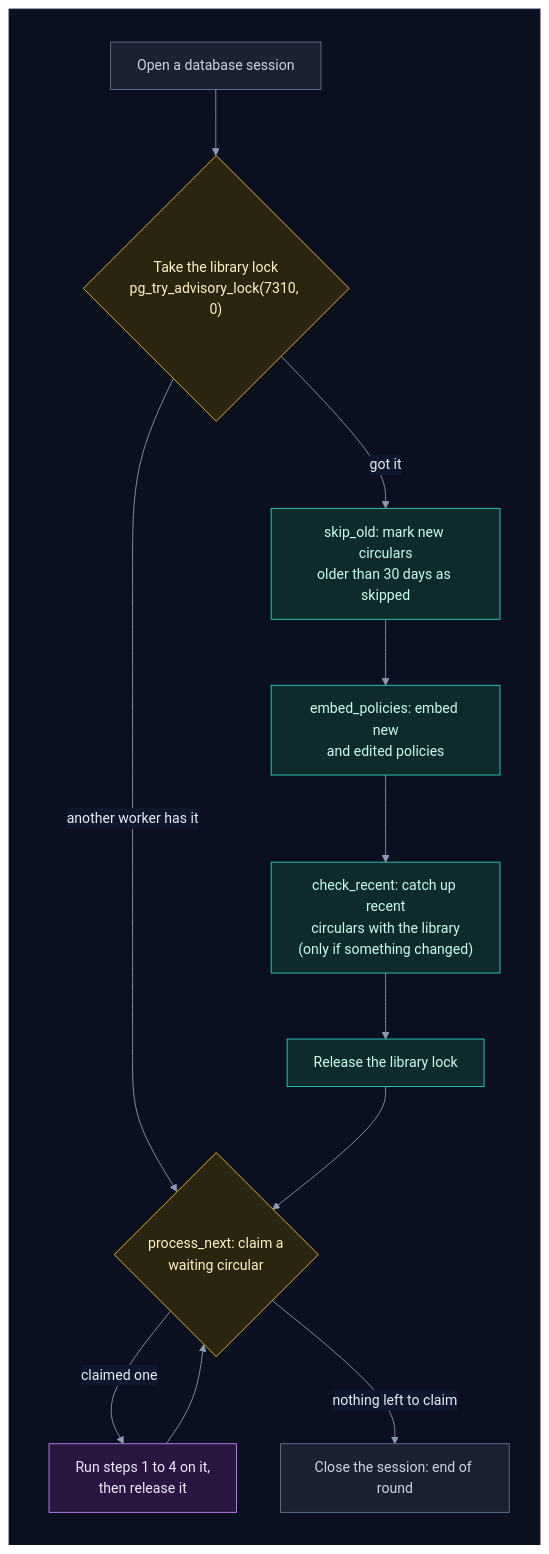
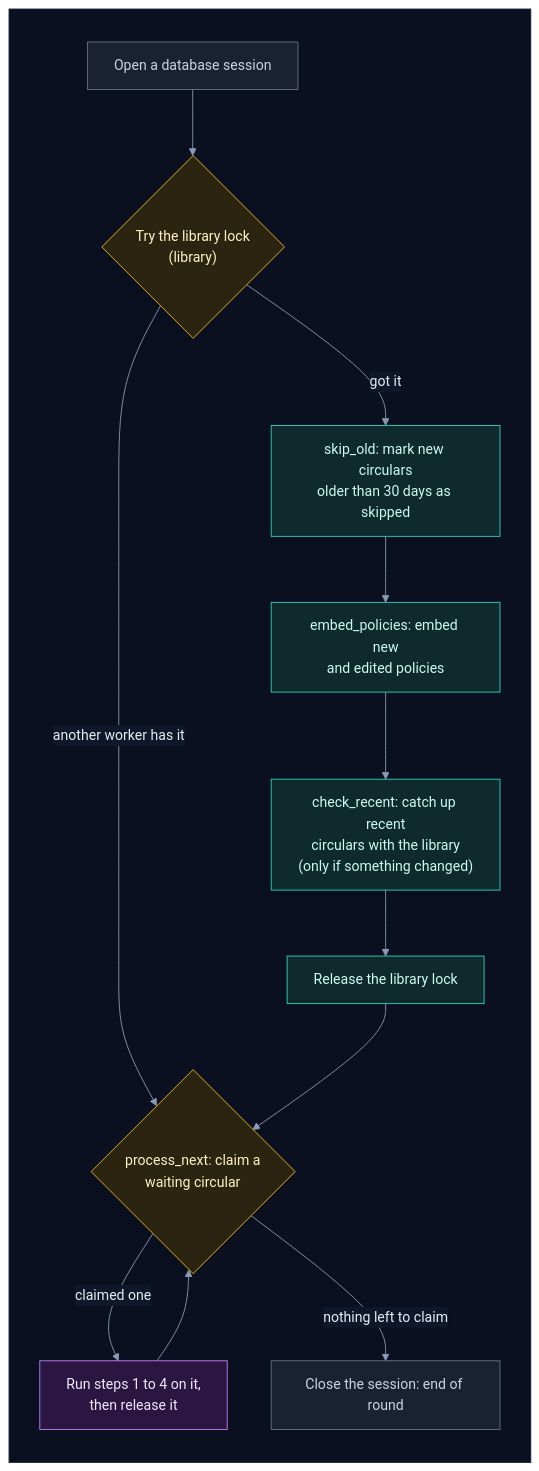
The fifth of 20 diagrams in how_the_worker_works.md (selvakumarperumal/Regulatory_Circular_Impact_Agent), drawn with Mermaid before and after one commit. The commit also changed other lines of this file and 4 other files, not shown here.

Commit message:
Scope advisory locks by schema

````diff
--- a/how_the_worker_works.md
+++ b/how_the_worker_works.md
@@ -242,31 +242,31 @@
 ```mermaid
 %%{init: {"theme": "base", "flowchart": {"diagramPadding": 0}, "themeVariables": {"darkMode": true, "primaryColor": "#16213a", "primaryTextColor": "#e6edf7", "primaryBorderColor": "#475a7a", "lineColor": "#8b9bb4", "secondaryColor": "#1b2436", "tertiaryColor": "#101a2e", "edgeLabelBackground": "#0f172a", "textColor": "#e2e8f0", "clusterBkg": "#0f1728", "clusterBorder": "#2b3a55", "titleColor": "#c4b5fd", "nodeTextColor": "#e6edf7"}}}%%
 flowchart TD
     subgraph canvas[" "]
         direction TB
-        open["Open a database session"] --> lib{"Take the library lock<br/>pg_try_advisory_lock(7310, 0)"}
+        open["Open a database session"] --> lib{"Try the library lock<br/>(library)"}
         lib -->|"another worker has it"| queue
         lib -->|"got it"| skip["skip_old: mark new circulars<br/>older than 30 days as skipped"]
         skip --> embed["embed_policies: embed new<br/>and edited policies"]
         embed --> catch["check_recent: catch up recent<br/>circulars with the library<br/>(only if something changed)"]
         catch --> unlock["Release the library lock"]
         unlock --> queue{"process_next: claim a<br/>waiting circular"}
         queue -->|"claimed one"| work["Run steps 1 to 4 on it,<br/>then release it"]
         work --> queue
         queue -->|"nothing left to claim"| close["Close the session: end of round"]
     end
     classDef svc fill:#0e2a2c,stroke:#2dd4bf,color:#ccfbf1
     classDef data fill:#1c1a47,stroke:#818cf8,color:#e0e7ff
     classDef ext fill:#2a1640,stroke:#c084fc,color:#f3e8ff
     classDef gpu fill:#2d1b0c,stroke:#fb923c,color:#ffedd5
     classDef ask fill:#2a2410,stroke:#fbbf24,color:#fef3c7
     classDef ok fill:#0b2a1c,stroke:#34d399,color:#d1fae5
     classDef bad fill:#2e0f17,stroke:#fb7185,color:#ffe4e6
     classDef start fill:#1c2a0e,stroke:#a7ef6f,color:#ecfccb
     classDef muted fill:#1a2130,stroke:#64748b,color:#cbd5e1
     class open,close muted
     class lib,queue ask
     class skip,embed,catch,unlock svc
     class work ext
     style canvas fill:#0b1020,stroke:#1e293b,color:#0b1020
 ```
````
